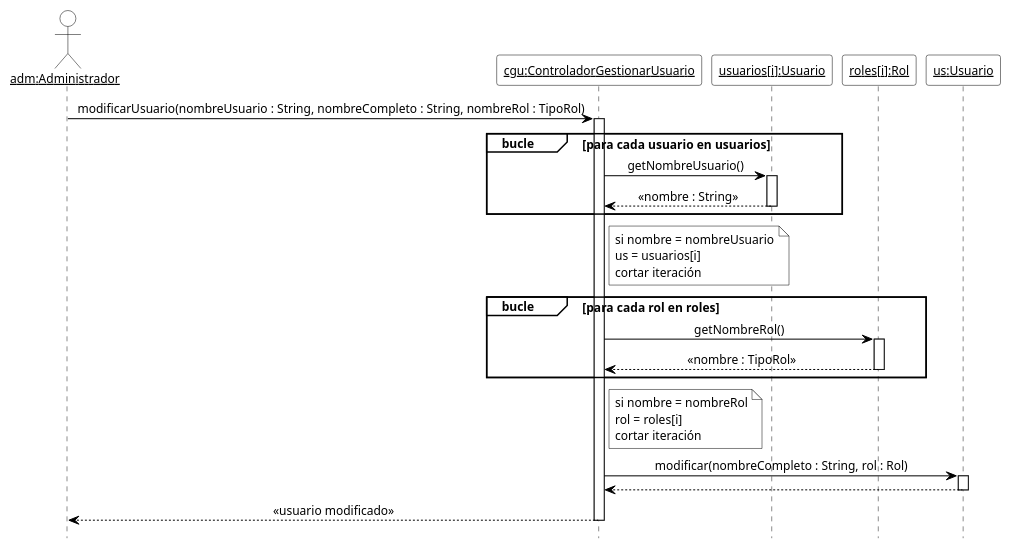
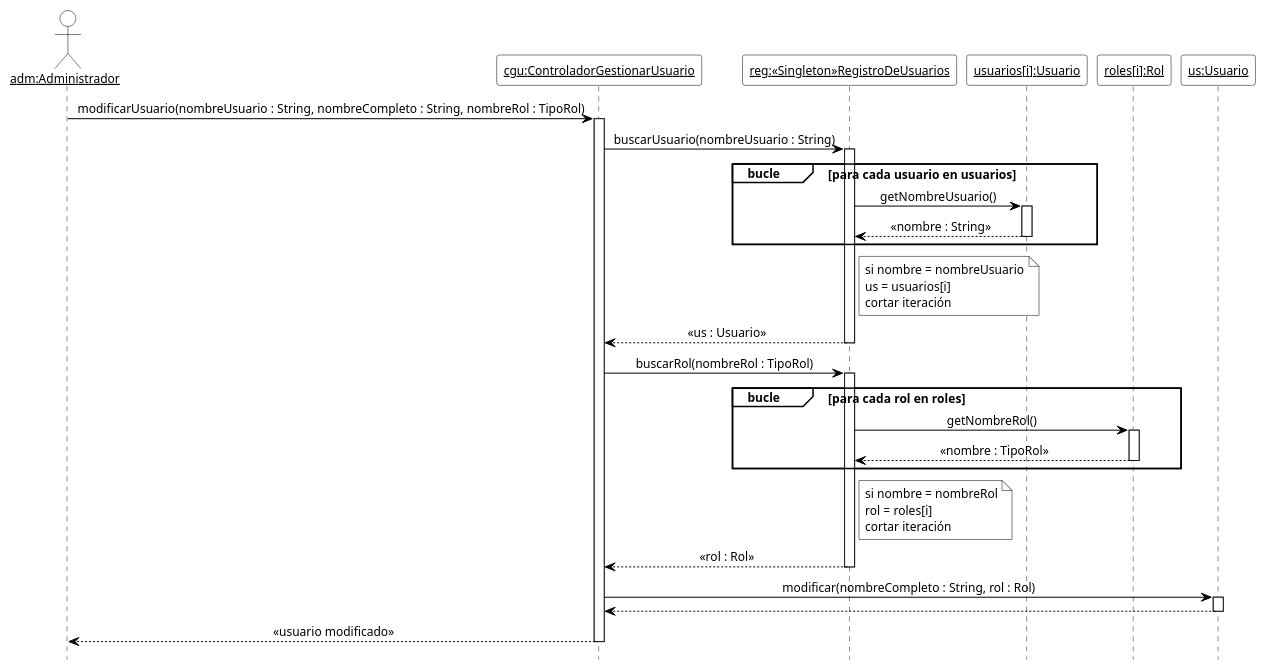
One commit to cirotop/Stock-Project changed the third of 17 diagrams in 08-Diagrama De Secuencia/Diagramas_de_Secuencia.md. Above: the diagram before and after it, drawn with PlantUML. The commit also changed other lines of this file and 36 other files, not shown here.

````diff
--- a/08-Diagrama De Secuencia/Diagramas_de_Secuencia.md
+++ b/08-Diagrama De Secuencia/Diagramas_de_Secuencia.md
@@ -208,53 +225,60 @@
 ```plantuml
 @startuml DSD_CU-02_modificarUsuario
 ' Diagrama de Secuencia de Diseño (DSD) - CU-02 Gestionar usuario - modificarUsuario
 ' Estilo de los ejemplos de la teoría (introducirArticulo / crearNuevaVenta).
 hide footbox
 skinparam shadowing false
 skinparam defaultFontName Arial
 skinparam defaultFontSize 12
 skinparam sequenceMessageAlign center
 skinparam ArrowColor black
 skinparam ParticipantBackgroundColor white
 skinparam ParticipantBorderColor black
+skinparam CollectionsBackgroundColor white
+skinparam CollectionsBorderColor black
 skinparam ActorBackgroundColor white
 skinparam ActorBorderColor black
 skinparam LifeLineBorderColor black
 skinparam LifeLineBackgroundColor white
 skinparam SequenceGroupBackgroundColor white
 skinparam SequenceGroupBorderColor black
 skinparam SequenceGroupHeaderFontColor black
 skinparam NoteBackgroundColor white
 skinparam NoteBorderColor black
 
 actor "<u>adm:Administrador</u>" as adm
 participant "<u>cgu:ControladorGestionarUsuario</u>" as cgu
+participant "<u>reg:«Singleton»RegistroDeUsuarios</u>" as reg
 participant "<u>usuarios[i]:Usuario</u>" as ui
 participant "<u>roles[i]:Rol</u>" as ri
 participant "<u>us:Usuario</u>" as us
 
 adm -> cgu ++ : modificarUsuario(nombreUsuario : String, nombreCompleto : String, nombreRol : TipoRol)
+cgu -> reg ++ : buscarUsuario(nombreUsuario : String)
 group bucle [para cada usuario en usuarios]
-  cgu -> ui ++ : getNombreUsuario()
-  ui --> cgu -- : «nombre : String»
+  reg -> ui ++ : getNombreUsuario()
+  ui --> reg -- : «nombre : String»
 end
-note right of cgu
+note right of reg
   si nombre = nombreUsuario
   us = usuarios[i]
   cortar iteración
 end note
+reg --> cgu -- : «us : Usuario»
+cgu -> reg ++ : buscarRol(nombreRol : TipoRol)
 group bucle [para cada rol en roles]
-  cgu -> ri ++ : getNombreRol()
-  ri --> cgu -- : «nombre : TipoRol»
+  reg -> ri ++ : getNombreRol()
+  ri --> reg -- : «nombre : TipoRol»
 end
-note right of cgu
+note right of reg
   si nombre = nombreRol
   rol = roles[i]
   cortar iteración
 end note
+reg --> cgu -- : «rol : Rol»
 cgu -> us ++ : modificar(nombreCompleto : String, rol : Rol)
 us --> cgu --
 cgu --> adm -- : «usuario modificado»
 
 @enduml
 ```
````
